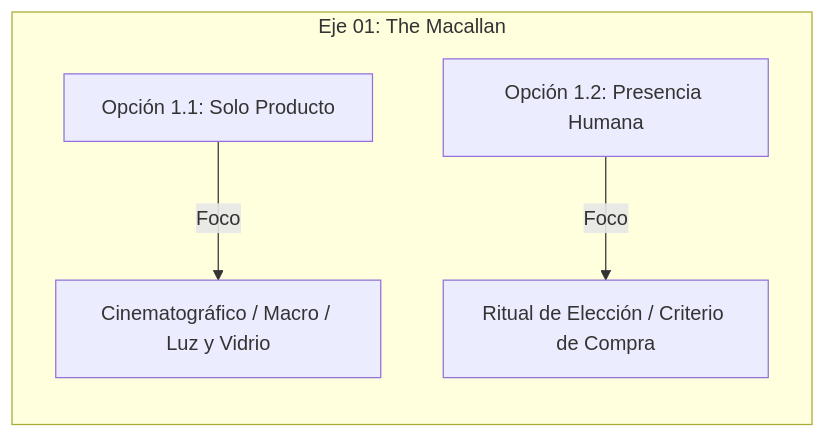
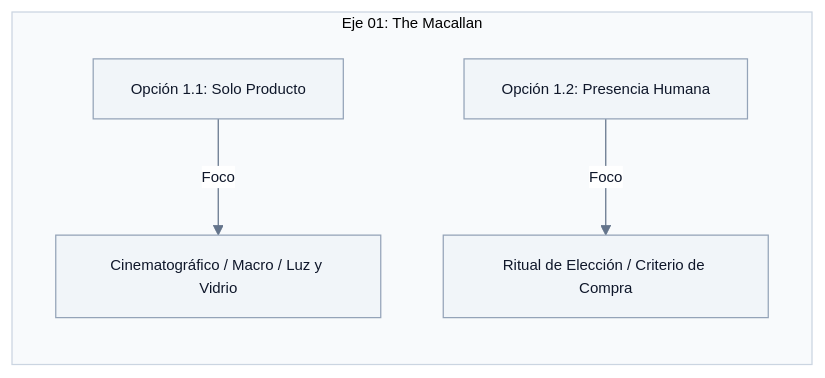
One commit to jsrxar77/mo-baseline changed the third of 8 diagrams in releases/drinklovers/PROPUESTA_MES_1_META_ADS.md. Above: the diagram before and after it, drawn with Mermaid. The commit also changed other lines of this file, not shown here.

Commit message:
style(drinklovers): harmonize all mermaid diagrams with soft gray palette, black text, compact quadrant font and scaled gantt dates

````diff
--- a/releases/drinklovers/PROPUESTA_MES_1_META_ADS.md
+++ b/releases/drinklovers/PROPUESTA_MES_1_META_ADS.md
@@ -75,7 +103,22 @@
 ```mermaid
+%%{init: {
+  'theme': 'base',
+  'themeVariables': {
+    'primaryColor': '#F1F5F9',
+    'primaryTextColor': '#0F172A',
+    'primaryBorderColor': '#94A3B8',
+    'lineColor': '#64748B',
+    'clusterBkg': '#F8FAFC',
+    'clusterBorder': '#CBD5E1',
+    'edgeLabelBackground': '#FFFFFF',
+    'fontFamily': 'system-ui, -apple-system, sans-serif',
+    'fontSize': '12px'
+  },
+  'themeCSS': 'text { fill: #0F172A !important; font-family: system-ui, -apple-system, sans-serif !important; } .node rect { fill: #F1F5F9 !important; stroke: #94A3B8 !important; } .cluster rect { fill: #F8FAFC !important; stroke: #CBD5E1 !important; }'
+}}%%
 graph LR
     subgraph Eje 01: The Macallan
-        M1[Opción 1.1: Solo Producto] -->|Foco| P1[Cinematográfico / Macro / Luz y Vidrio]
-        M2[Opción 1.2: Presencia Humana] -->|Foco| P2[Ritual de Elección / Criterio de Compra]
+        M1["Opción 1.1: Solo Producto"] -->|Foco| P1["Cinematográfico / Macro / Luz y Vidrio"]
+        M2["Opción 1.2: Presencia Humana"] -->|Foco| P2["Ritual de Elección / Criterio de Compra"]
     end
 ```
````
